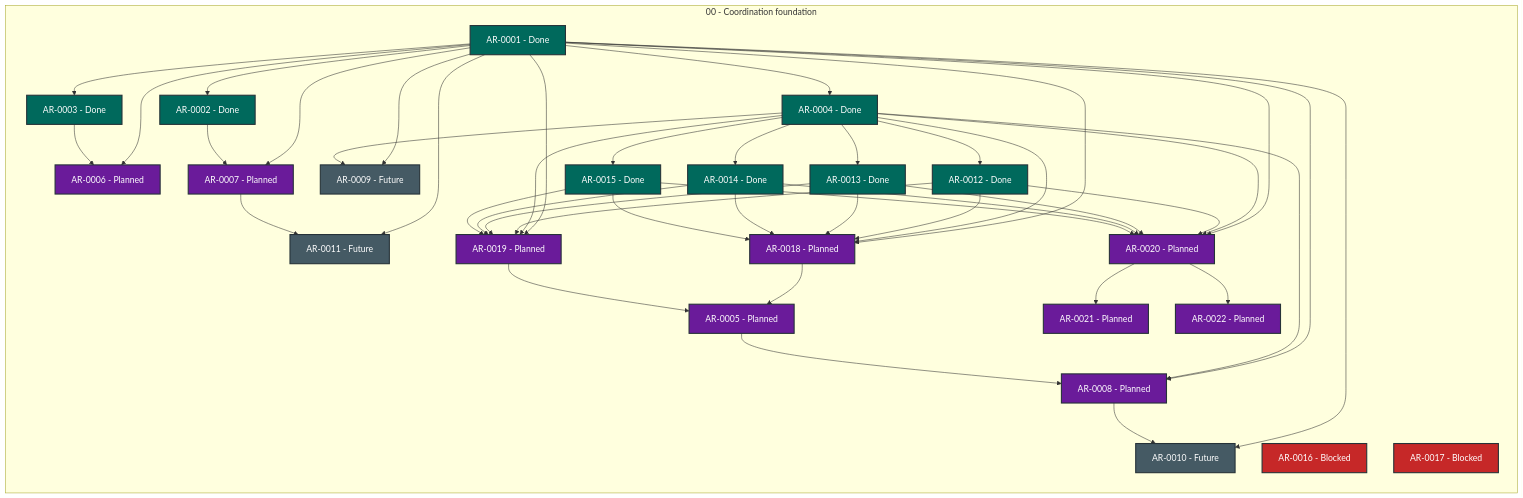
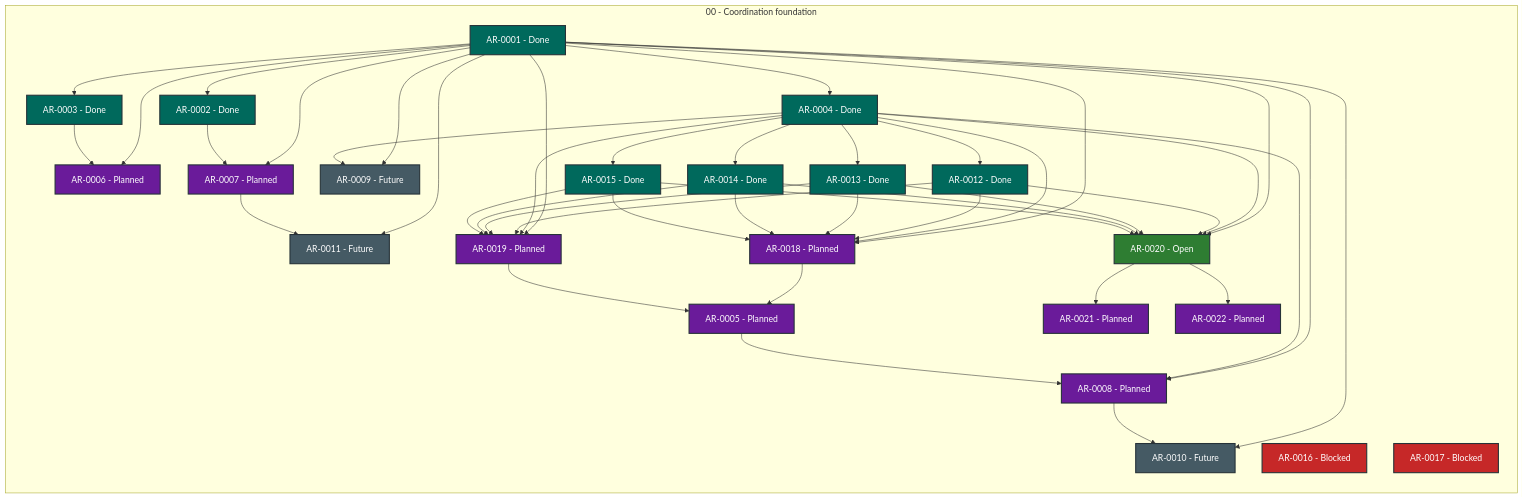
One commit to martin-beck/agent-workflow-quality-state changed the diagram in STATUS.md. Above: the diagram before and after it, drawn with Mermaid. The commit also changed other lines of this file and 2 other files, not shown here.

````diff
--- a/STATUS.md
+++ b/STATUS.md
@@ -27,78 +27,78 @@
 ```mermaid
 flowchart LR
     subgraph series_00["00 - Coordination foundation"]
         direction TB
         AR_0001["AR-0001 - Done"]:::status_done
         AR_0002["AR-0002 - Done"]:::status_done
         AR_0003["AR-0003 - Done"]:::status_done
         AR_0004["AR-0004 - Done"]:::status_done
         AR_0005["AR-0005 - Planned"]:::status_planned
         AR_0006["AR-0006 - Planned"]:::status_planned
         AR_0007["AR-0007 - Planned"]:::status_planned
         AR_0008["AR-0008 - Planned"]:::status_planned
         AR_0009["AR-0009 - Future"]:::status_future
         AR_0010["AR-0010 - Future"]:::status_future
         AR_0011["AR-0011 - Future"]:::status_future
         AR_0012["AR-0012 - Done"]:::status_done
         AR_0013["AR-0013 - Done"]:::status_done
         AR_0014["AR-0014 - Done"]:::status_done
         AR_0015["AR-0015 - Done"]:::status_done
         AR_0016["AR-0016 - Blocked"]:::status_blocked
         AR_0017["AR-0017 - Blocked"]:::status_blocked
         AR_0018["AR-0018 - Planned"]:::status_planned
         AR_0019["AR-0019 - Planned"]:::status_planned
-        AR_0020["AR-0020 - Planned"]:::status_planned
+        AR_0020["AR-0020 - Open"]:::status_open
         AR_0021["AR-0021 - Planned"]:::status_planned
         AR_0022["AR-0022 - Planned"]:::status_planned
     end
     AR_0001 --> AR_0002
     AR_0001 --> AR_0003
     AR_0001 --> AR_0004
     AR_0001 --> AR_0006
     AR_0001 --> AR_0007
     AR_0001 --> AR_0008
     AR_0001 --> AR_0009
     AR_0001 --> AR_0010
     AR_0001 --> AR_0011
     AR_0001 --> AR_0018
     AR_0001 --> AR_0019
     AR_0001 --> AR_0020
     AR_0002 --> AR_0007
     AR_0003 --> AR_0006
     AR_0004 --> AR_0008
     AR_0004 --> AR_0009
     AR_0004 --> AR_0012
     AR_0004 --> AR_0013
     AR_0004 --> AR_0014
     AR_0004 --> AR_0015
     AR_0004 --> AR_0018
     AR_0004 --> AR_0019
     AR_0004 --> AR_0020
     AR_0005 --> AR_0008
     AR_0007 --> AR_0011
     AR_0008 --> AR_0010
     AR_0012 --> AR_0018
     AR_0012 --> AR_0019
     AR_0012 --> AR_0020
     AR_0013 --> AR_0018
     AR_0013 --> AR_0019
     AR_0013 --> AR_0020
     AR_0014 --> AR_0018
     AR_0014 --> AR_0019
     AR_0014 --> AR_0020
     AR_0015 --> AR_0018
     AR_0015 --> AR_0019
     AR_0015 --> AR_0020
     AR_0018 --> AR_0005
     AR_0019 --> AR_0005
     AR_0020 --> AR_0021
     AR_0020 --> AR_0022
     classDef status_in_progress fill:#1565c0,color:#ffffff,stroke:#263238,stroke-width:2px
     classDef status_open fill:#2e7d32,color:#ffffff,stroke:#263238,stroke-width:2px
     classDef status_blocked fill:#c62828,color:#ffffff,stroke:#263238,stroke-width:2px
     classDef status_planned fill:#6a1b9a,color:#ffffff,stroke:#263238,stroke-width:2px
     classDef status_future fill:#455a64,color:#ffffff,stroke:#263238,stroke-width:2px
     classDef status_done fill:#00695c,color:#ffffff,stroke:#263238,stroke-width:2px
     classDef status_cancelled fill:#616161,color:#ffffff,stroke:#263238,stroke-width:2px
     classDef status_superseded fill:#5d4037,color:#ffffff,stroke:#263238,stroke-width:2px
 ```
````
